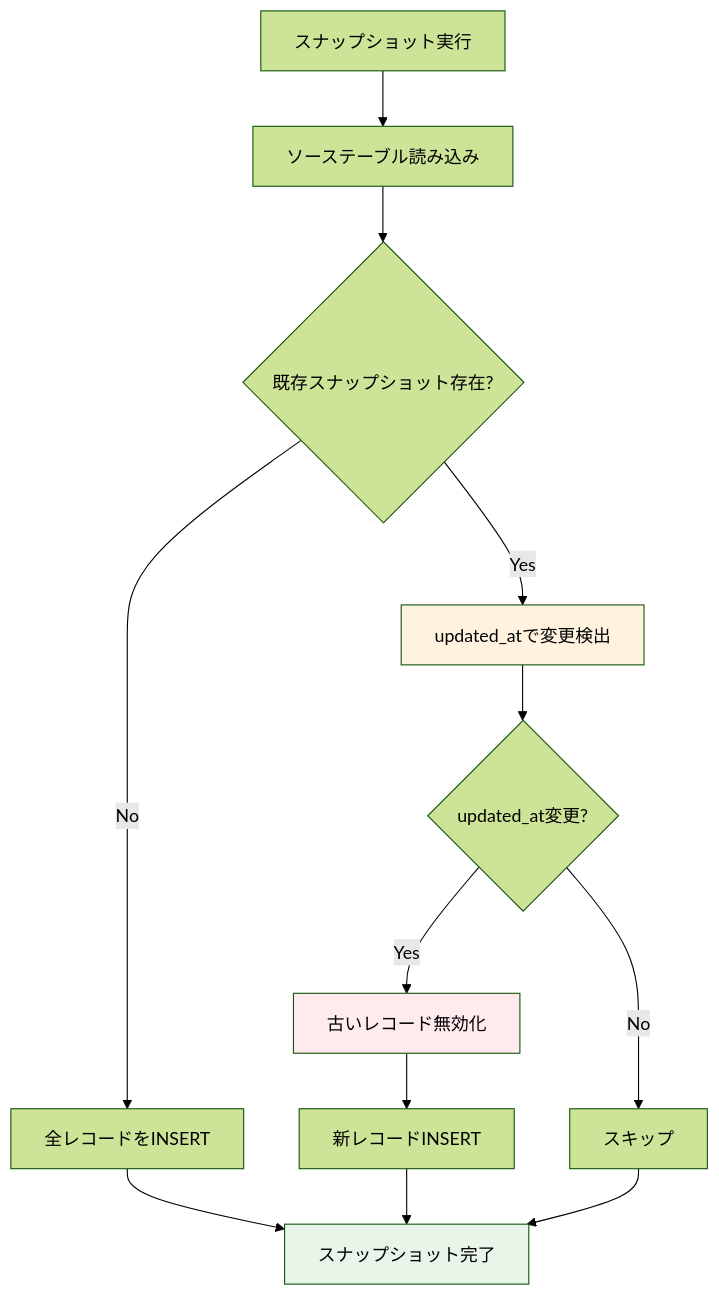
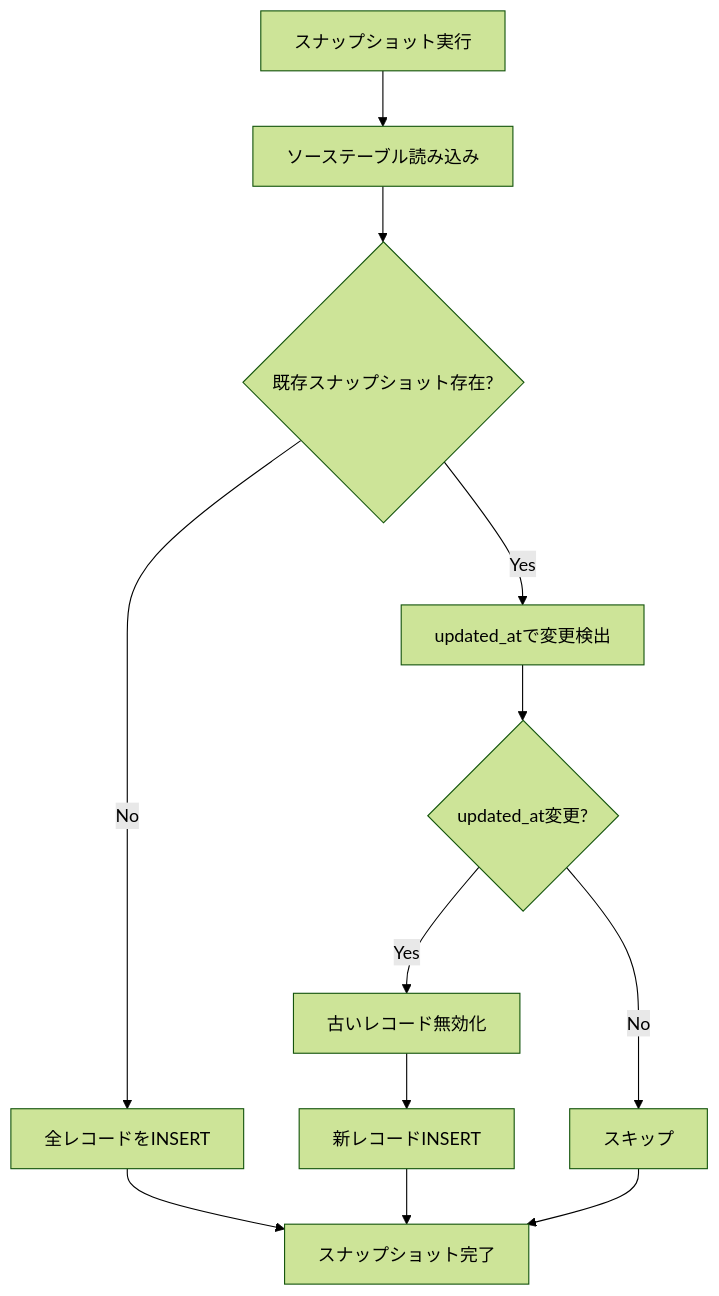
The second of 14 diagrams in content/Tech/dbt/categories/snapshot-config.md (1210yuichi0/1210yuichi0.github.io), drawn with Mermaid (forest theme) before and after one commit. The commit also changed other lines of this file and 22 other files, not shown here.

First line of the commit message:
style: remove Mermaid style directives for dark mode compatibility

````diff
--- a/content/Tech/dbt/categories/snapshot-config.md
+++ b/content/Tech/dbt/categories/snapshot-config.md
@@ -113,22 +110,19 @@
 ```mermaid
 flowchart TD
     A[スナップショット実行] --> B[ソーステーブル読み込み]
     B --> C{既存スナップショット存在?}
 
     C -->|No| D[全レコードをINSERT]
     C -->|Yes| E[updated_atで変更検出]
 
     E --> F{updated_at変更?}
     F -->|Yes| G[古いレコード無効化]
     G --> H[新レコードINSERT]
 
     F -->|No| I[スキップ]
 
     D --> J[スナップショット完了]
     H --> J
     I --> J
 
-    style E fill:#fff3e0
-    style G fill:#ffebee
-    style J fill:#e8f5e9
 ```
````
